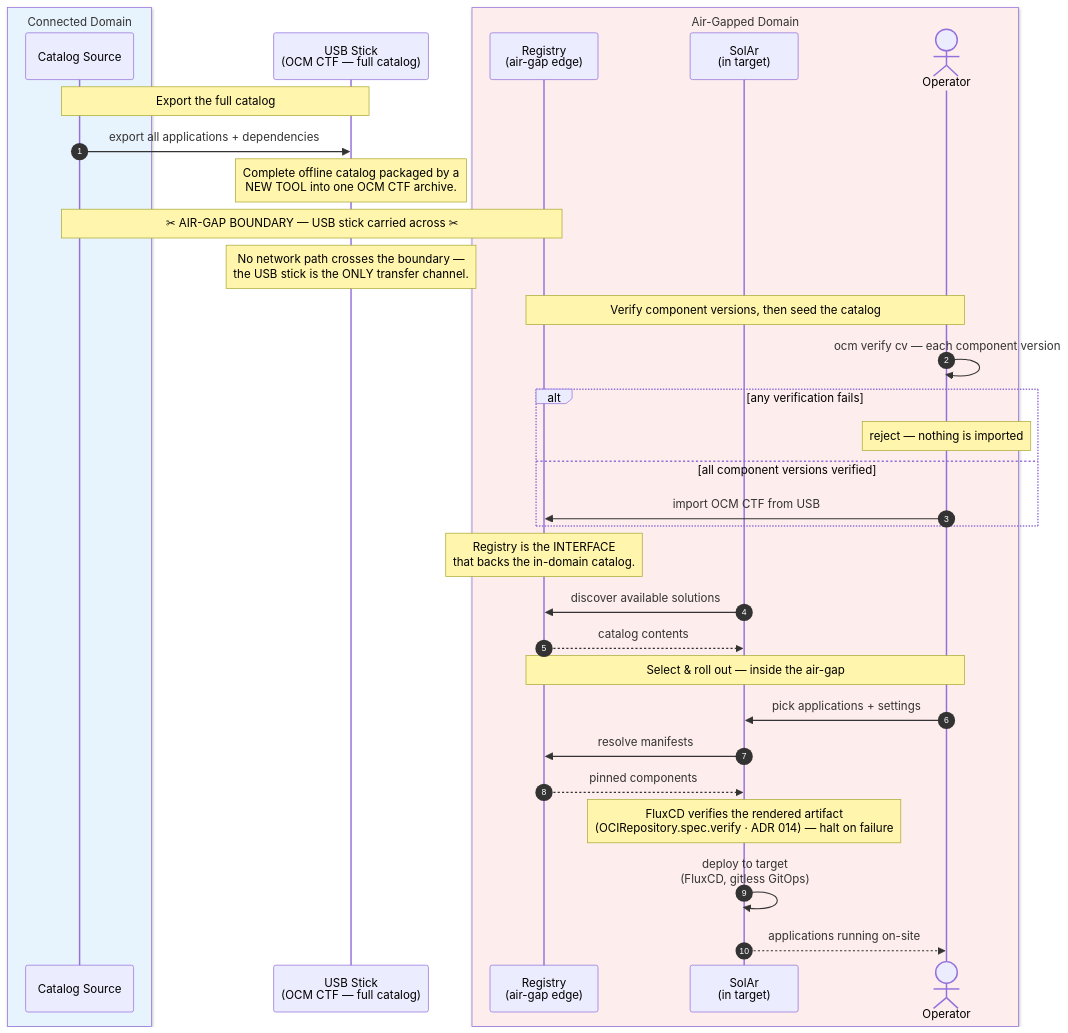
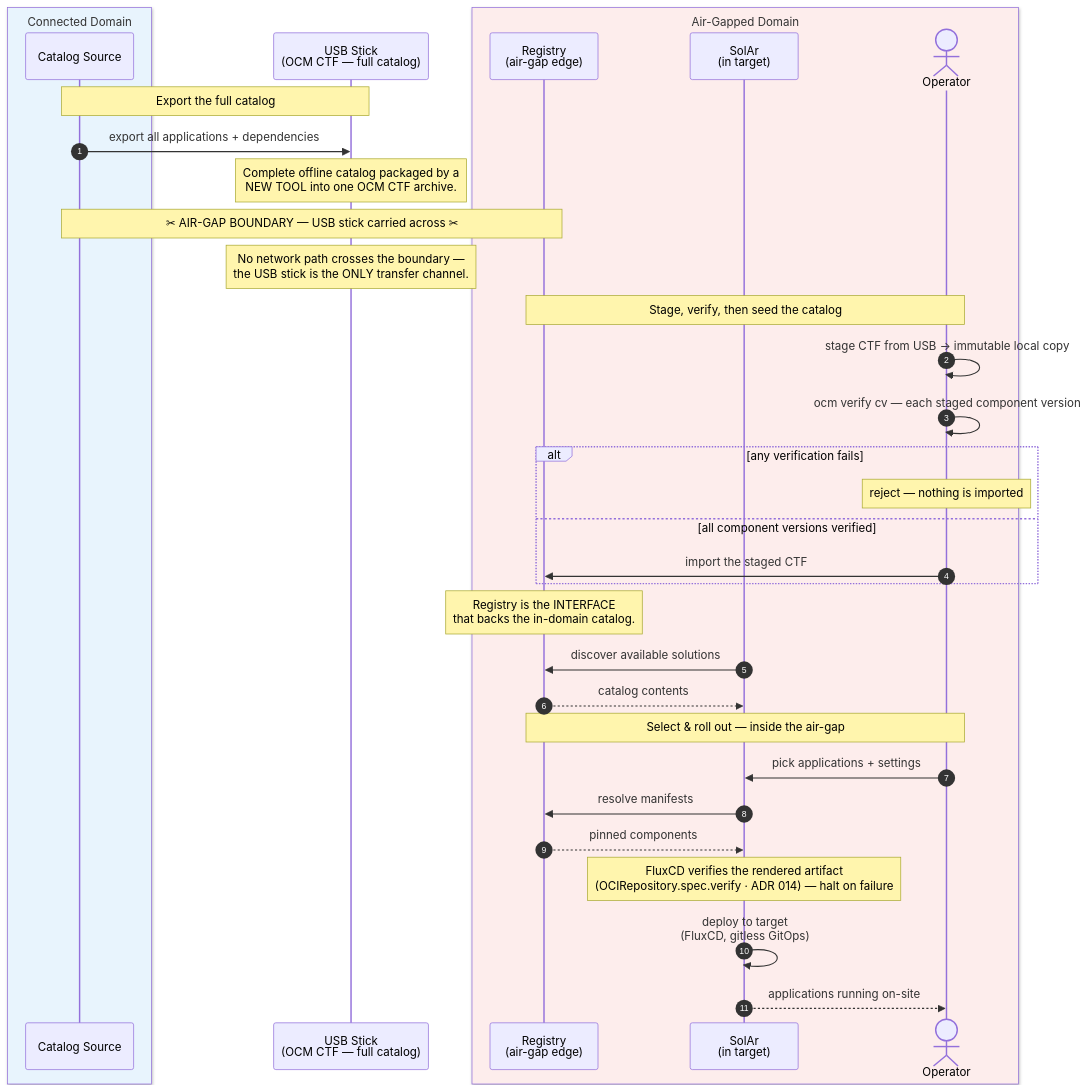
The first of 2 diagrams in docs/developer-guide/adrs/016-airgapped-catalog-chaining.md (opendefensecloud/solution-arsenal), drawn with Mermaid before and after one commit. The commit also changed other lines of this file and 2 other files, not shown here.

Commit message:
docs(adr-016): stage CTF to immutable snapshot before verify+import (TOCTOU)

````diff
--- a/docs/developer-guide/adrs/016-airgapped-catalog-chaining.md
+++ b/docs/developer-guide/adrs/016-airgapped-catalog-chaining.md
@@ -102,42 +102,43 @@
 ```mermaid
 sequenceDiagram
     autonumber
 
     box rgb(232,244,253) Connected Domain
         participant Src as Catalog Source
     end
 
     participant USB as USB Stick<br/>(OCM CTF — full catalog)
 
     box rgb(253,237,236) Air-Gapped Domain
         participant Reg as Registry<br/>(air-gap edge)
         participant SolAr as SolAr<br/>(in target)
         actor User as Operator
     end
 
     Note over Src,USB: Export the full catalog
     Src->>USB: export all applications + dependencies
     Note over USB: Complete offline catalog packaged by a<br/>NEW TOOL into one OCM CTF archive.
 
     Note over Src,Reg: ✂ AIR-GAP BOUNDARY — USB stick carried across ✂
     Note over USB: No network path crosses the boundary —<br/>the USB stick is the ONLY transfer channel.
 
-    Note over Reg,User: Verify component versions, then seed the catalog
-    User->>User: ocm verify cv — each component version
+    Note over Reg,User: Stage, verify, then seed the catalog
+    User->>User: stage CTF from USB → immutable local copy
+    User->>User: ocm verify cv — each staged component version
     alt any verification fails
         Note over User: reject — nothing is imported
     else all component versions verified
-        User->>Reg: import OCM CTF from USB
+        User->>Reg: import the staged CTF
     end
     Note over Reg: Registry is the INTERFACE<br/>that backs the in-domain catalog.
     SolAr->>Reg: discover available solutions
     Reg-->>SolAr: catalog contents
 
     Note over Reg,User: Select & roll out — inside the air-gap
     User->>SolAr: pick applications + settings
     SolAr->>Reg: resolve manifests
     Reg-->>SolAr: pinned components
     Note over SolAr: FluxCD verifies the rendered artifact<br/>(OCIRepository.spec.verify · ADR 014) — halt on failure
     SolAr->>SolAr: deploy to target<br/>(FluxCD, gitless GitOps)
     SolAr-->>User: applications running on-site
 ```
````
